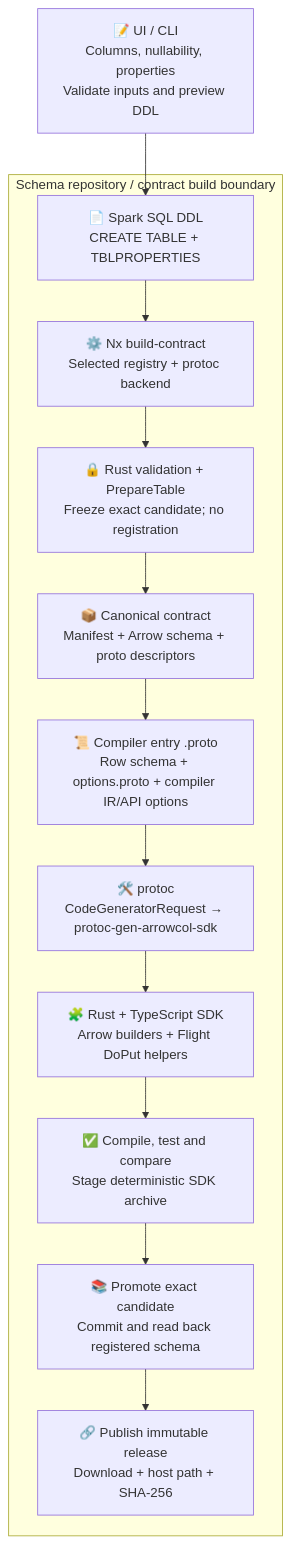
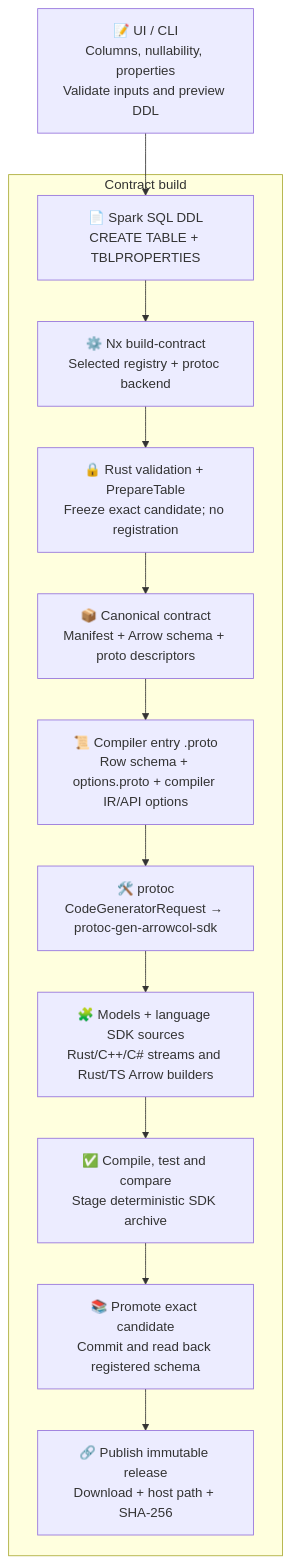
Before and after one commit to mdrakiburrahman/rust-playground: the first of 2 diagrams in docs/architecture/arrowcol-platform/sdk-generation.md, drawn with Mermaid. The commit also changed other lines of this file and 3 other files, not shown here.

````diff
--- a/docs/architecture/arrowcol-platform/sdk-generation.md
+++ b/docs/architecture/arrowcol-platform/sdk-generation.md
@@ -383,18 +371,18 @@
 ```mermaid
 flowchart TD
     author["📝 UI / CLI<br/>Columns, nullability, properties<br/>Validate inputs and preview DDL"]
-    subgraph schemaRepo["Schema repository / contract build boundary"]
+    subgraph schemaRepo["Contract build"]
         ddl["📄 Spark SQL DDL<br/>CREATE TABLE + TBLPROPERTIES"]
         nx["⚙️ Nx build-contract<br/>Selected registry + protoc backend"]
         prepare["🔒 Rust validation + PrepareTable<br/>Freeze exact candidate; no registration"]
         contract["📦 Canonical contract<br/>Manifest + Arrow schema + proto descriptors"]
         proto["📜 Compiler entry .proto<br/>Row schema + options.proto + compiler IR/API options"]
         compiler["🛠️ protoc<br/>CodeGeneratorRequest → protoc-gen-arrowcol-sdk"]
-        sdk["🧩 Rust + TypeScript SDK<br/>Arrow builders + Flight DoPut helpers"]
+        sdk["🧩 Models + language SDK sources<br/>Rust/C++/C# streams and Rust/TS Arrow builders"]
         verify["✅ Compile, test and compare<br/>Stage deterministic SDK archive"]
         promote["📚 Promote exact candidate<br/>Commit and read back registered schema"]
         release["🔗 Publish immutable release<br/>Download + host path + SHA-256"]
         ddl --> nx --> prepare --> contract --> proto --> compiler --> sdk --> verify --> promote --> release
     end
     author --> ddl
 ```
````
